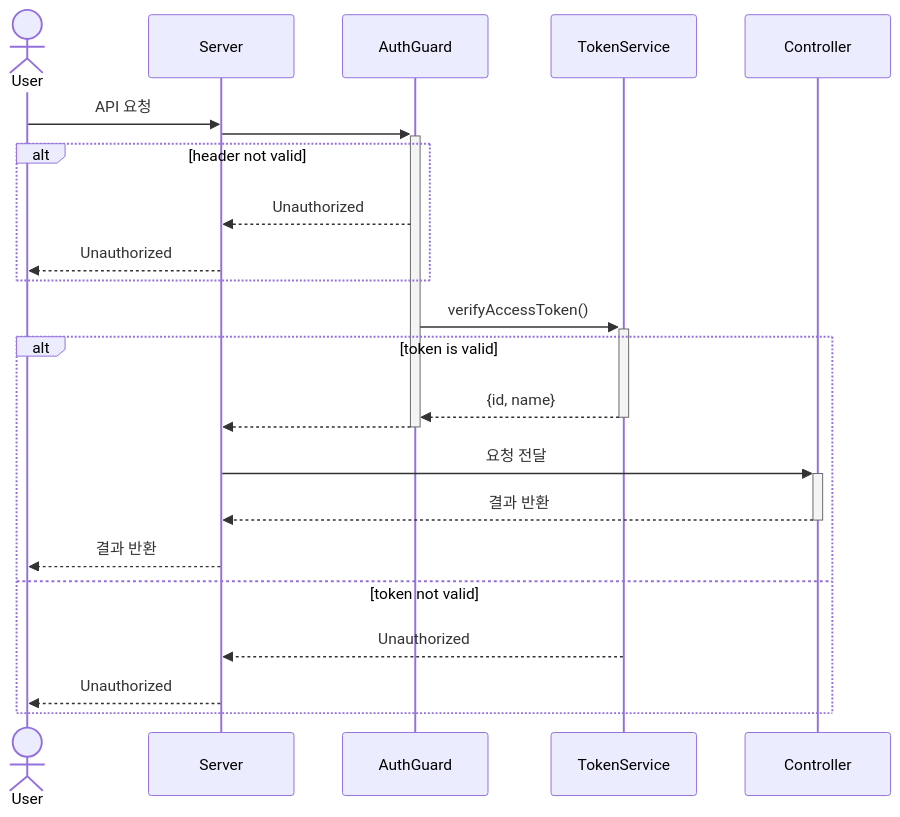
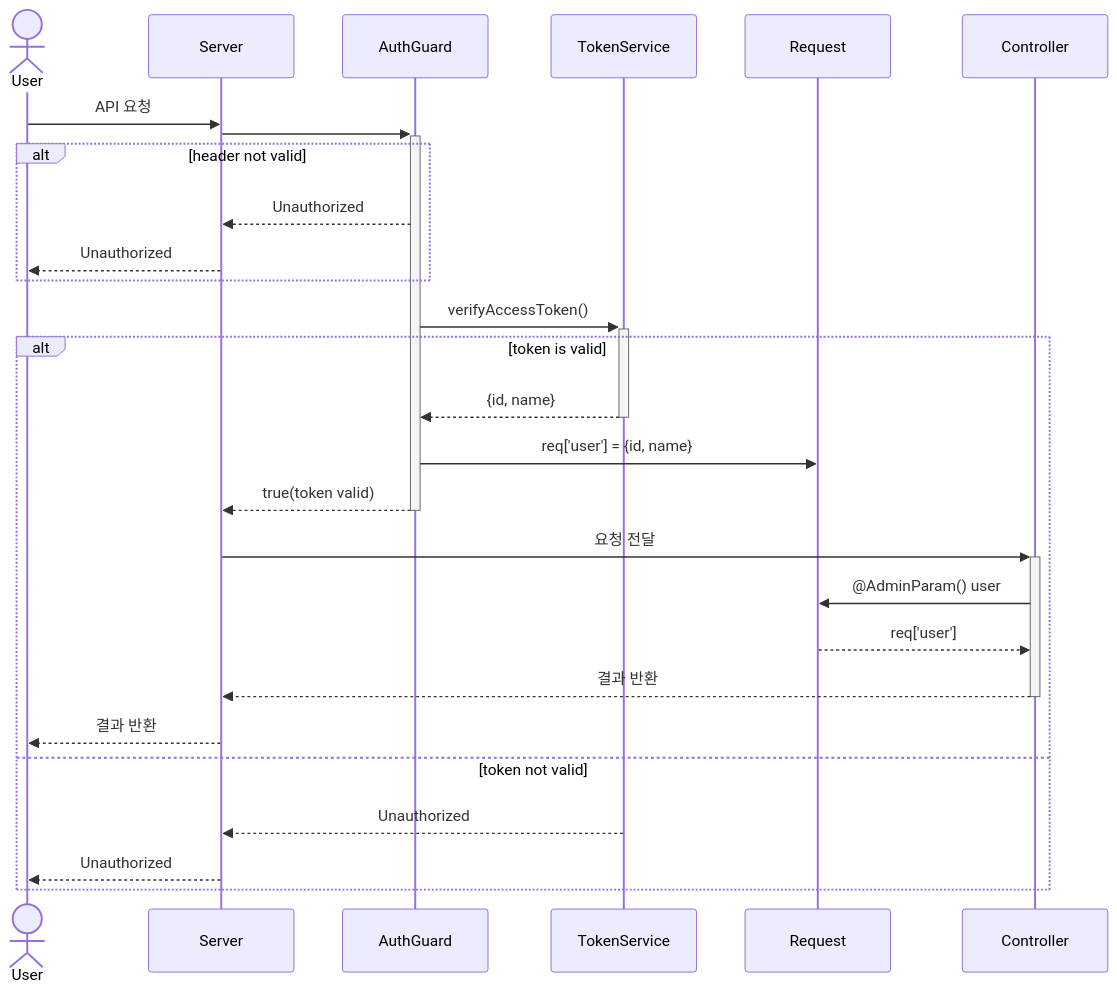
The first of 3 diagrams in backend/README.md (CSID-DGU/2023-02-CECD2-4), drawn with Mermaid before and after one commit.

Commit message:
docs: 인증 부분에 request 객체와의 상호작용 추가

````diff
--- a/backend/README.md
+++ b/backend/README.md
@@ -85,27 +85,32 @@
 ```mermaid
 sequenceDiagram
     actor user as User
     participant S as Server
     participant A as AuthGuard
     participant T as TokenService
+    participant R as Request
     participant C as Controller
+
 
     user ->> S: API 요청
     S ->> +A: 
     alt header not valid
       A -->> S: Unauthorized
       S -->> user: Unauthorized
     end
 
     A ->> +T: verifyAccessToken()
     alt token is valid
       T -->> -A: {id, name}
-      A -->> -S: 
+      A ->> R: req['user'] = {id, name} 
+      A -->> -S: true(token valid)
       S ->> +C: 요청 전달
+      C ->> R: @AdminParam() user
+      R -->> C: req['user']
       C -->> -S: 결과 반환
       S -->> user: 결과 반환
     else token not valid
       T -->> S: Unauthorized
       S -->> user: Unauthorized
     end
 ```
````
